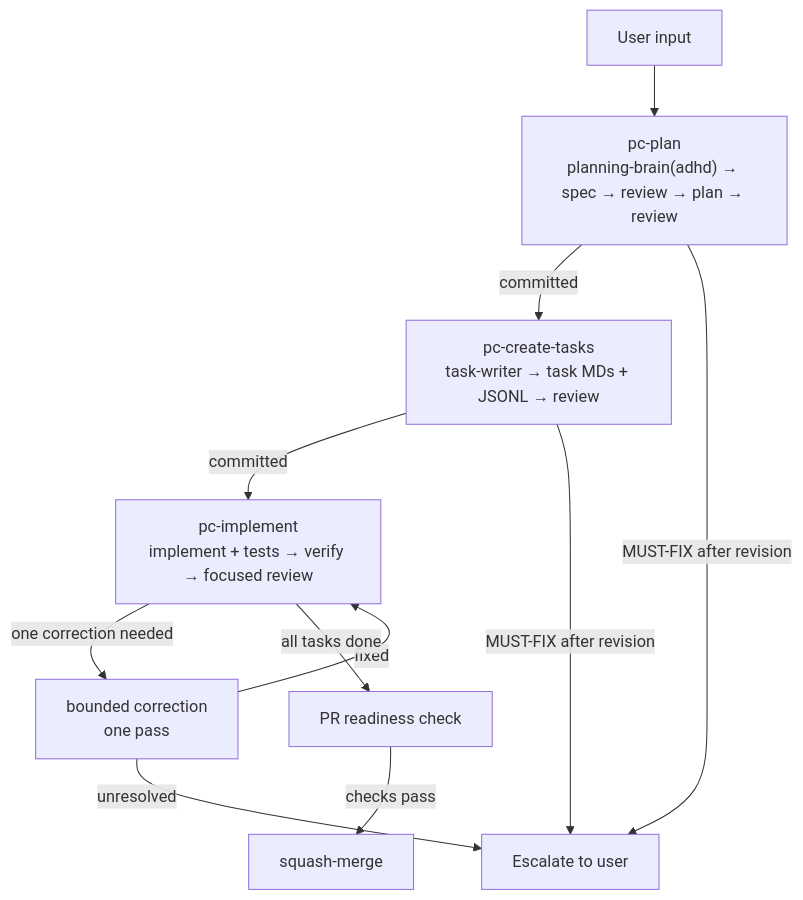
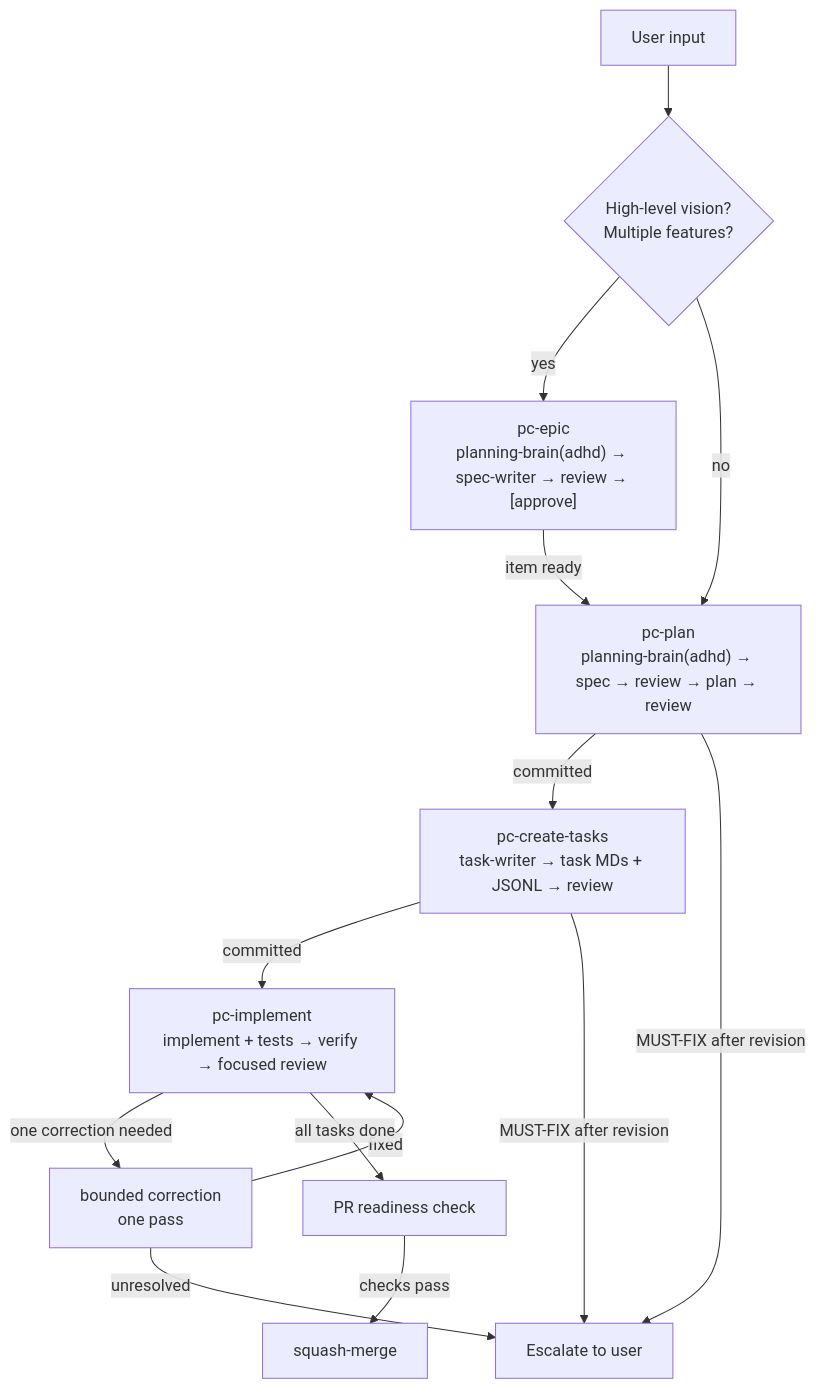
The first of 3 diagrams in src/workflows/overview.md (bperin/project-context), drawn with Mermaid before and after one commit. The commit also changed other lines of this file and 20 other files, not shown here.

First line of the commit message:
feat: add epic type for high-level multi-feature vision

````diff
--- a/src/workflows/overview.md
+++ b/src/workflows/overview.md
@@ -5,13 +5,16 @@
 ```mermaid
 flowchart TD
-    INPUT["User input"] --> PLANW["pc-plan<br/>planning-brain(adhd) → spec → review → plan → review"]
+    INPUT["User input"] --> EPIC{"High-level vision?<br/>Multiple features?"}
+    EPIC -->|yes| ROADW["pc-epic<br/>planning-brain(adhd) → spec-writer → review → [approve]"]
+    EPIC -->|no| PLANW["pc-plan<br/>planning-brain(adhd) → spec → review → plan → review"]
+    ROADW -->|item ready| PLANW
     PLANW -->|committed| TASKW["pc-create-tasks<br/>task-writer → task MDs + JSONL → review"]
     TASKW -->|committed| IMPL["pc-implement<br/>implement + tests → verify → focused review"]
     IMPL -->|one correction needed| TF["bounded correction<br/>one pass"]
     TF -->|fixed| IMPL
     TF -->|unresolved| ESC["Escalate to user"]
     IMPL -->|all tasks done| PR["PR readiness check"]
     PR -->|checks pass| MERGE["squash-merge"]
     PLANW -->|MUST-FIX after revision| ESC
     TASKW -->|MUST-FIX after revision| ESC
 ```
````
